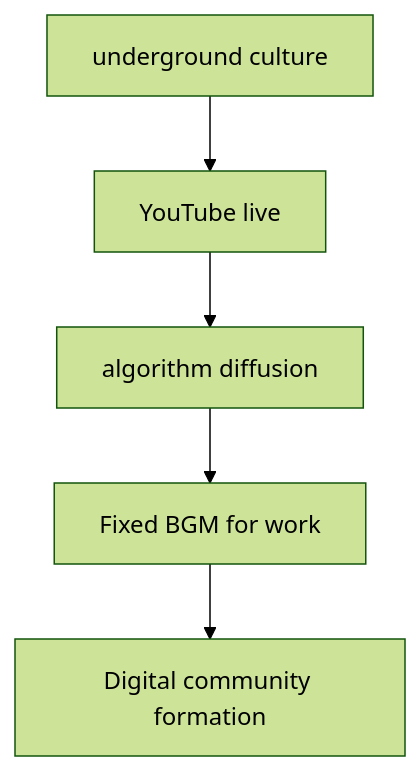
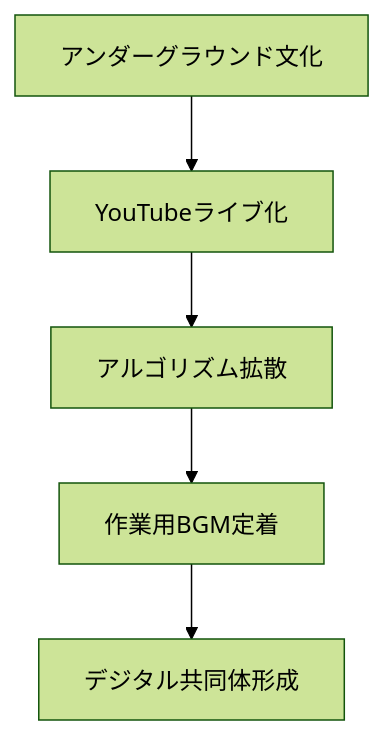
Before and after one commit to monumental-movement/monumental-movement.github.io: the third of 3 diagrams in en/_posts/2026-03-01-column-lofi-hiphop-study-youtube.md, drawn with Mermaid (forest theme). The commit also changed other lines of this file and 2196 other files, not shown here.

```diff
--- a/en/_posts/2026-03-01-column-lofi-hiphop-study-youtube.md
+++ b/en/_posts/2026-03-01-column-lofi-hiphop-study-youtube.md
@@ -132,7 +132,7 @@
 <div class="mermaid">
 graph TD
-    A[underground culture] --> B[YouTube live]
-    B --> C[algorithm diffusion]
-    C --> D[Fixed BGM for work]
-    D --> E[Digital community formation]
+    A[アンダーグラウンド文化] --> B[YouTubeライブ化]
+    B --> C[アルゴリズム拡散]
+    C --> D[作業用BGM定着]
+    D --> E[デジタル共同体形成]
 </div>
```
